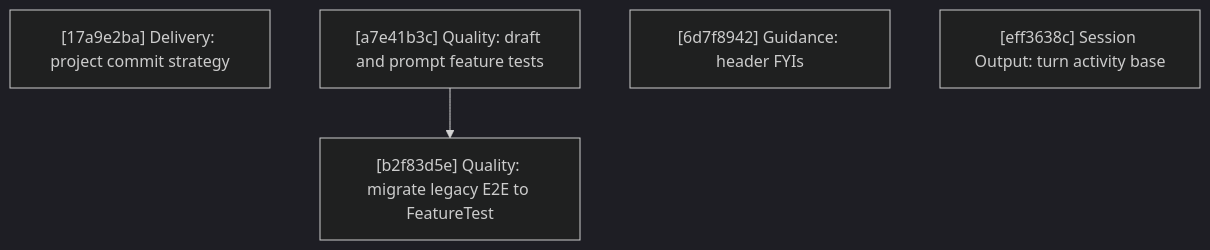
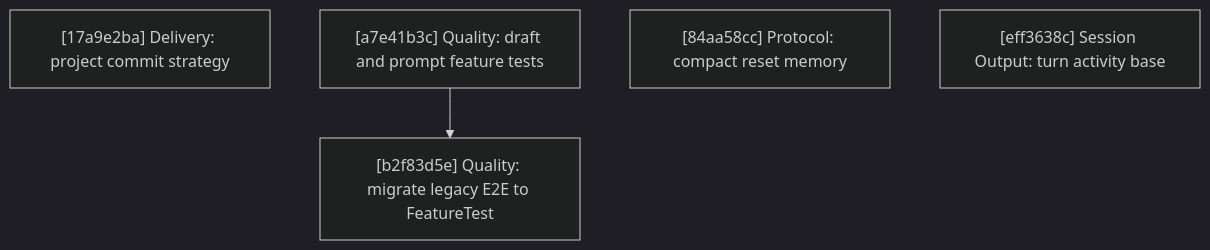
The diagram in docs/plan/roadmap.md (agentty-xyz/agentty), drawn with Mermaid (dark theme) before and after one commit. The commit also changed other lines of this file and 9 other files, not shown here.

````diff
--- a/docs/plan/roadmap.md
+++ b/docs/plan/roadmap.md
@@ -184,7 +188,7 @@
 ```mermaid
 flowchart TD
     R1["[17a9e2ba] Delivery: project commit strategy"]
     R2["[a7e41b3c] Quality: draft and prompt feature tests"] --> R3["[b2f83d5e] Quality: migrate legacy E2E to FeatureTest"]
-    R4["[6d7f8942] Guidance: header FYIs"]
+    R4["[84aa58cc] Protocol: compact reset memory"]
     R5["[eff3638c] Session Output: turn activity base"]
 ```
````
